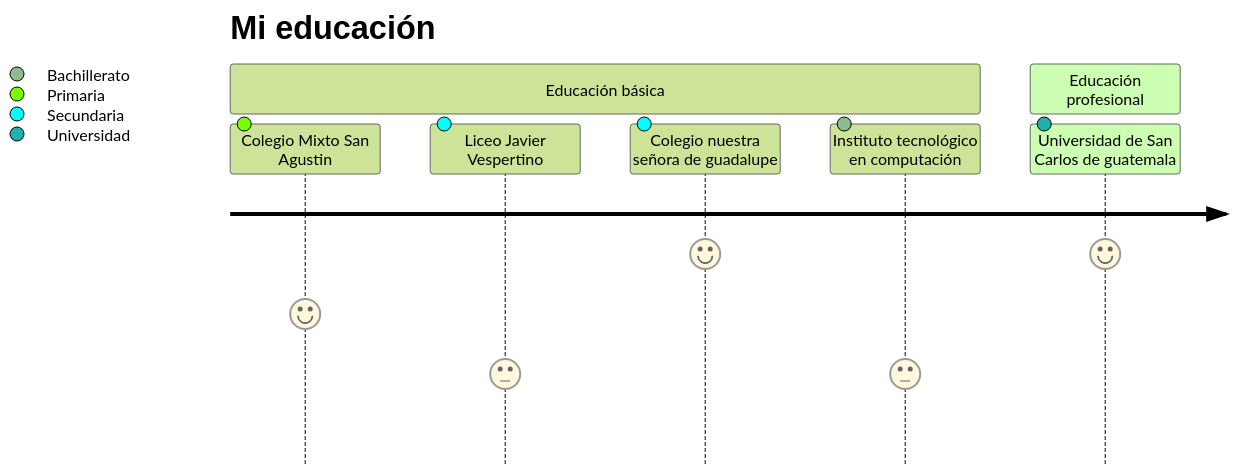
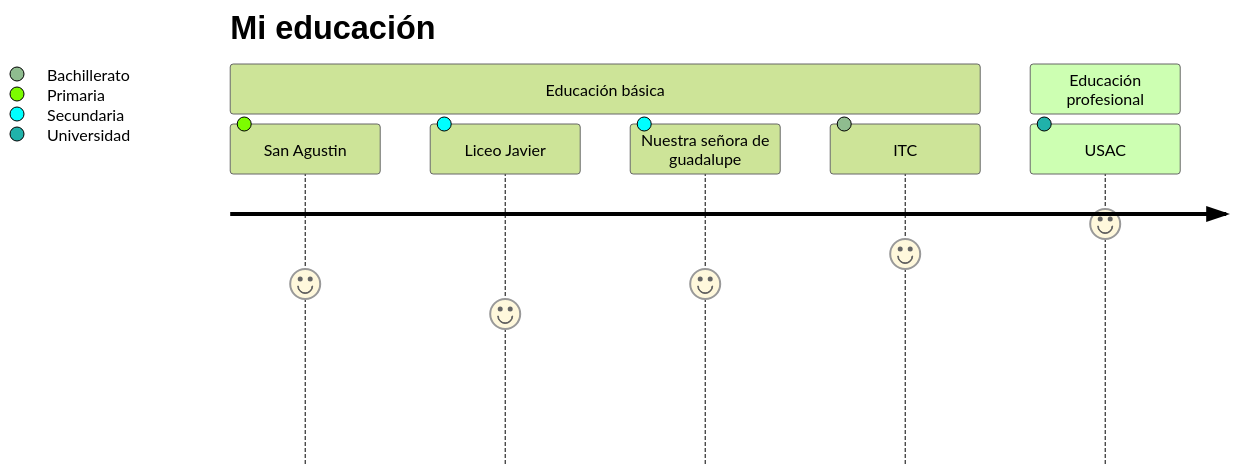
Before and after one commit to Bluevipe21/bluevipe21.github.io: the diagram in generic.md, drawn with Mermaid (forest theme).

````diff
--- a/generic.md
+++ b/generic.md
@@ -25,11 +25,11 @@
 ```mermaid
 journey
     title Mi educación
     section Educación básica
-      Colegio Mixto San Agustin: 5: Primaria
-      Liceo Javier Vespertino: 3: Secundaria
-      Colegio nuestra señora de guadalupe: 7: Secundaria
-      Instituto tecnológico en computación: 3: Bachillerato
+      San Agustin: 6: Primaria
+      Liceo Javier: 5: Secundaria
+      Nuestra señora de guadalupe: 6: Secundaria
+      ITC: 7: Bachillerato
     section Educación profesional
-      Universidad de San Carlos de guatemala: 7: Universidad
+      USAC: 8: Universidad
 ```
````
